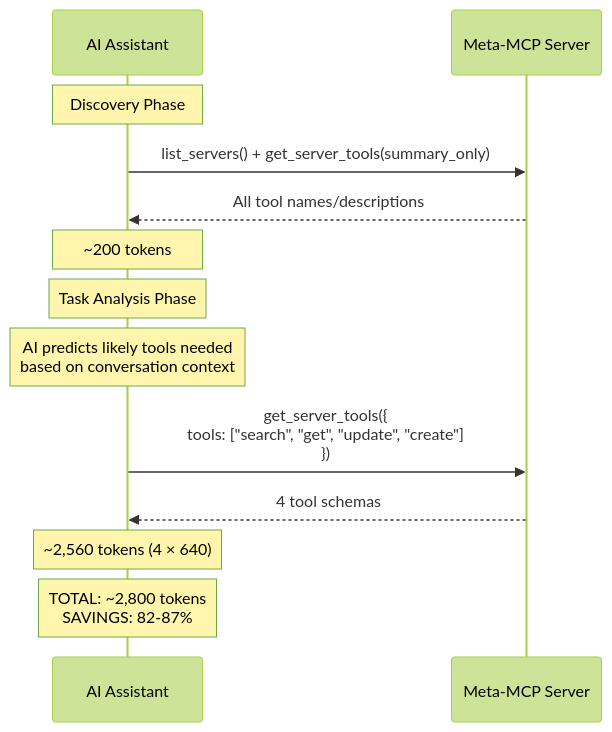
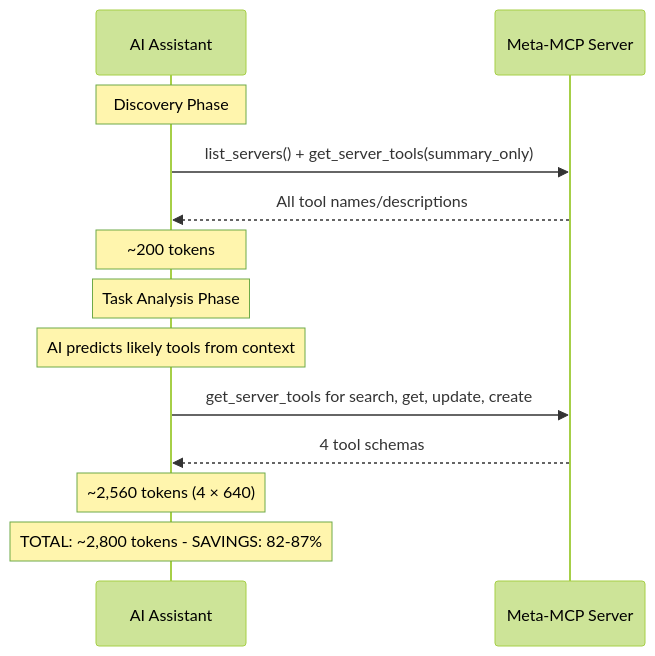
The seventh of 15 diagrams in projects/meta-mcp-server/docs/diagrams/10-token-optimization.md (blueman82/mcp-exec), drawn with Mermaid (forest theme) before and after one commit. The commit also changed other lines of this file and 4 other files, not shown here.

First line of the commit message:
docs: Remove Claude Desktop references and fix Mermaid syntax

````diff
--- a/projects/meta-mcp-server/docs/diagrams/10-token-optimization.md
+++ b/projects/meta-mcp-server/docs/diagrams/10-token-optimization.md
@@ -185,19 +185,19 @@
 ```mermaid
 sequenceDiagram
     participant AI as AI Assistant
     participant Meta as Meta-MCP Server
 
     Note over AI: Discovery Phase
     AI->>Meta: list_servers() + get_server_tools(summary_only)
     Meta-->>AI: All tool names/descriptions
     Note over AI: ~200 tokens
 
     Note over AI: Task Analysis Phase
-    Note over AI: AI predicts likely tools needed<br/>based on conversation context
+    Note over AI: AI predicts likely tools from context
 
-    AI->>Meta: get_server_tools({<br/>  tools: ["search", "get", "update", "create"]<br/>})
+    AI->>Meta: get_server_tools for search, get, update, create
     Meta-->>AI: 4 tool schemas
     Note over AI: ~2,560 tokens (4 × 640)
 
-    Note over AI: TOTAL: ~2,800 tokens<br/>SAVINGS: 82-87%
+    Note over AI: TOTAL: ~2,800 tokens - SAVINGS: 82-87%
 ```
````
